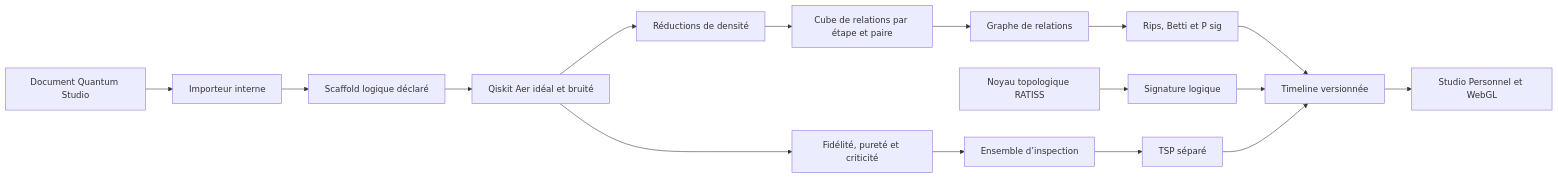
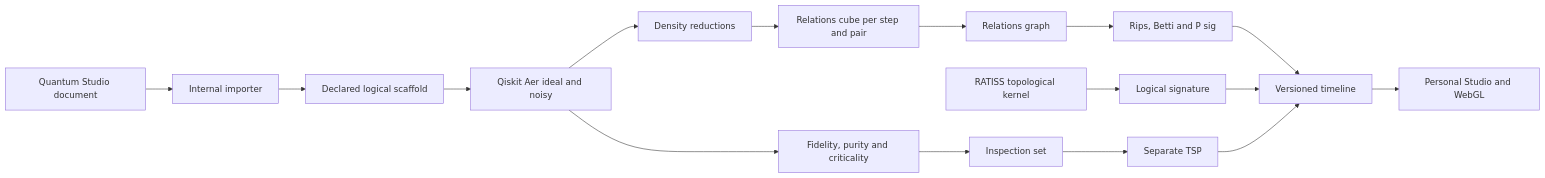
Before and after one commit to jonathansearch/ratiss-topological-decoherence-engine: the diagram in README.md, drawn with Mermaid. The commit also changed other lines of this file, not shown here.

````diff
--- a/README.md
+++ b/README.md
@@ -122,18 +122,18 @@
 ```mermaid
 flowchart LR
-  A["Document Quantum Studio"] --> B["Importeur interne"]
-  B --> C["Scaffold logique déclaré"]
-  C --> D["Qiskit Aer idéal et bruité"]
-  D --> E["Réductions de densité"]
-  E --> F["Cube de relations par étape et paire"]
-  F --> G["Graphe de relations"]
-  G --> H["Rips, Betti et P sig"]
-  D --> I["Fidélité, pureté et criticité"]
-  J["Noyau topologique RATISS"] --> K["Signature logique"]
-  I --> L["Ensemble d’inspection"]
-  L --> M["TSP séparé"]
-  H --> N["Timeline versionnée"]
+  A["Quantum Studio document"] --> B["Internal importer"]
+  B --> C["Declared logical scaffold"]
+  C --> D["Qiskit Aer ideal and noisy"]
+  D --> E["Density reductions"]
+  E --> F["Relations cube per step and pair"]
+  F --> G["Relations graph"]
+  G --> H["Rips, Betti and P sig"]
+  D --> I["Fidelity, purity and criticality"]
+  J["RATISS topological kernel"] --> K["Logical signature"]
+  I --> L["Inspection set"]
+  L --> M["Separate TSP"]
+  H --> N["Versioned timeline"]
   K --> N
   M --> N
-  N --> O["Studio Personnel et WebGL"]
+  N --> O["Personal Studio and WebGL"]
 ```
````
